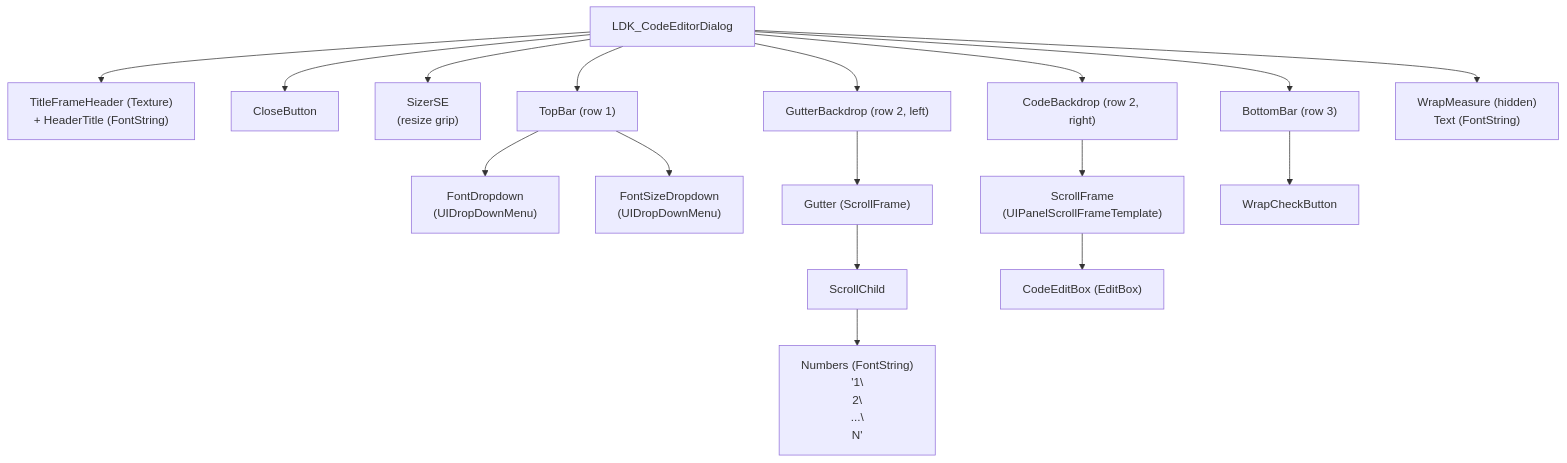
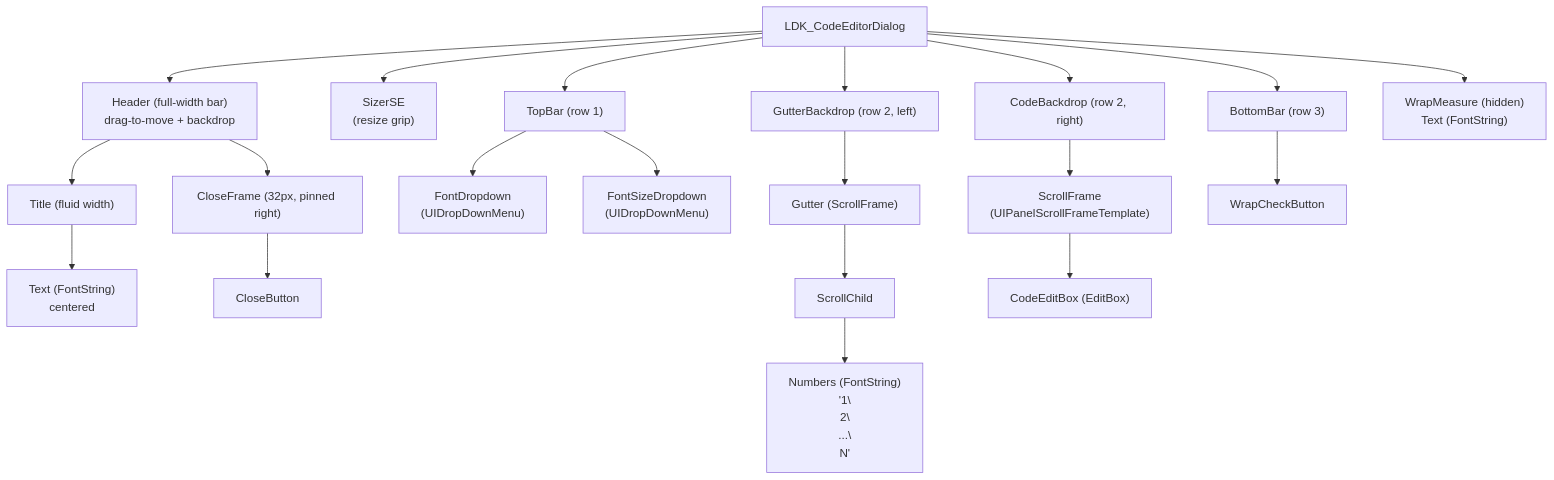
Before and after one commit to kapresoft/wow-addon-LuaDevKit: the second of 2 diagrams in LuaDevKit-CodeEditor/README_CodeEditor.md, drawn with Mermaid. The commit also changed other lines of this file and 2 other files, not shown here.

Commit message:
header frame change

````diff
--- a/LuaDevKit-CodeEditor/README_CodeEditor.md
+++ b/LuaDevKit-CodeEditor/README_CodeEditor.md
@@ -59,26 +67,30 @@
 ```mermaid
 graph TD
     Dialog["LDK_CodeEditorDialog"]
 
-    Dialog --> Header["TitleFrameHeader (Texture)\n+ HeaderTitle (FontString)"]
-    Dialog --> CloseButton["CloseButton"]
+    Dialog --> Header["Header (full-width bar)\ndrag-to-move + backdrop"]
+    Header --> Title["Title (fluid width)"]
+    Title --> TitleText["Text (FontString)\ncentered"]
+    Header --> CloseFrame["CloseFrame (32px, pinned right)"]
+    CloseFrame --> CloseButton["CloseButton"]
+
     Dialog --> SizerSE["SizerSE\n(resize grip)"]
 
     Dialog --> TopBar["TopBar (row 1)"]
     TopBar --> FontDropdown["FontDropdown\n(UIDropDownMenu)"]
     TopBar --> FontSizeDropdown["FontSizeDropdown\n(UIDropDownMenu)"]
 
     Dialog --> GutterBackdrop["GutterBackdrop (row 2, left)"]
     GutterBackdrop --> Gutter["Gutter (ScrollFrame)"]
     Gutter --> GutterScrollChild["ScrollChild"]
     GutterScrollChild --> Numbers["Numbers (FontString)\n'1\\n2\\n...\\nN'"]
 
     Dialog --> CodeBackdrop["CodeBackdrop (row 2, right)"]
     CodeBackdrop --> ScrollFrame["ScrollFrame\n(UIPanelScrollFrameTemplate)"]
     ScrollFrame --> CodeEditBox["CodeEditBox (EditBox)"]
 
     Dialog --> BottomBar["BottomBar (row 3)"]
     BottomBar --> WrapCheckButton["WrapCheckButton"]
 
     Dialog --> WrapMeasure["WrapMeasure (hidden)\nText (FontString)"]
 ```
````
